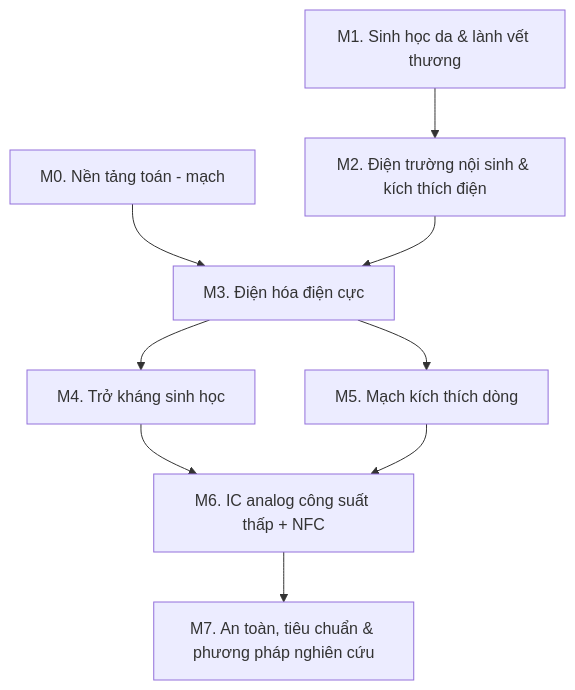
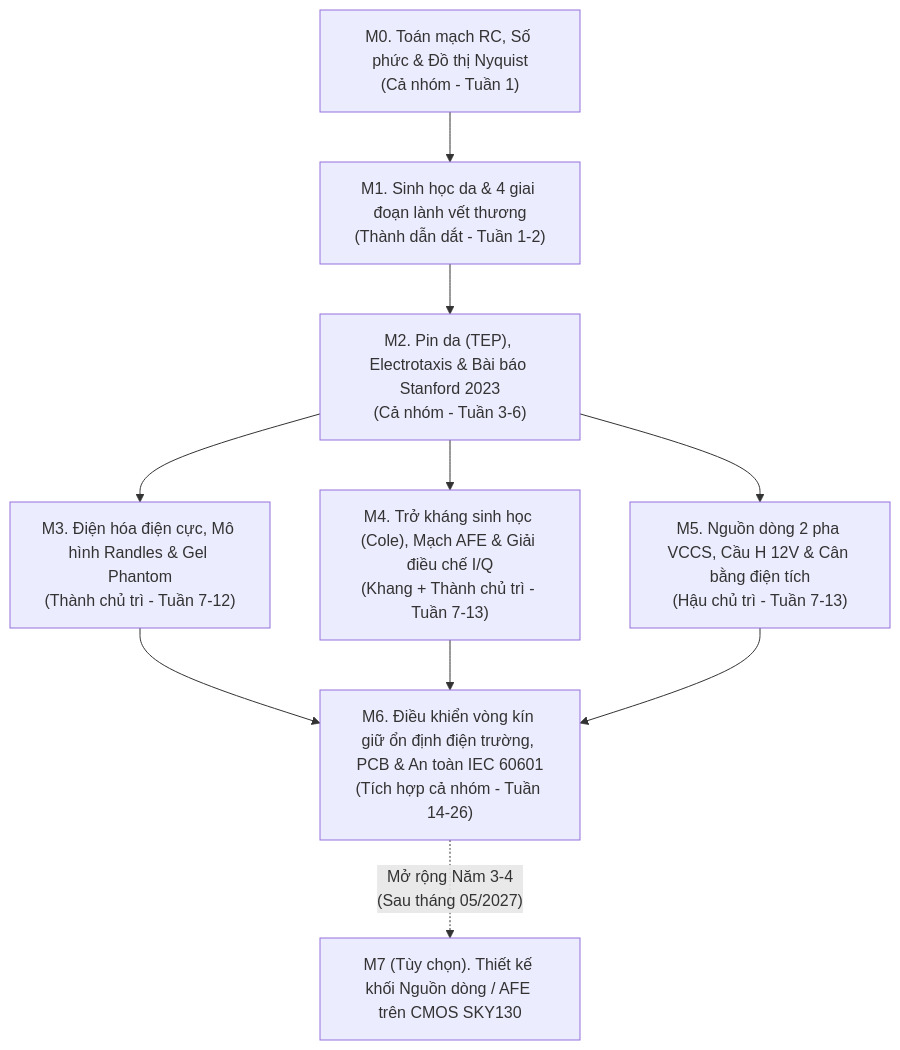
One commit to uthonus/smart-wound-badange-ic changed the diagram in docs/theory-curriculum.md. Above: the diagram before and after it, drawn with Mermaid. The commit also changed other lines of this file, not shown here.

Commit message:
docs: rewrite theory-curriculum.md for Hau, Thanh, Khang with complete equations, answers, and COTS focus

````diff
--- a/docs/theory-curriculum.md
+++ b/docs/theory-curriculum.md
@@ -8,11 +10,12 @@
 ```mermaid
 flowchart TD
-    M0["M0. Nền tảng toán - mạch"] --> M3["M3. Điện hóa điện cực"]
-    M1["M1. Sinh học da & lành vết thương"] --> M2["M2. Điện trường nội sinh & kích thích điện"]
-    M2 --> M3
-    M3 --> M4["M4. Trở kháng sinh học"]
-    M3 --> M5["M5. Mạch kích thích dòng"]
-    M4 --> M6["M6. IC analog công suất thấp + NFC"]
+    M0["M0. Toán mạch RC, Số phức & Đồ thị Nyquist\n(Cả nhóm - Tuần 1)"] --> M1["M1. Sinh học da & 4 giai đoạn lành vết thương\n(Thành dẫn dắt - Tuần 1-2)"]
+    M1 --> M2["M2. Pin da (TEP), Electrotaxis & Bài báo Stanford 2023\n(Cả nhóm - Tuần 3-6)"]
+    M2 --> M3["M3. Điện hóa điện cực, Mô hình Randles & Gel Phantom\n(Thành chủ trì - Tuần 7-12)"]
+    M2 --> M4["M4. Trở kháng sinh học (Cole), Mạch AFE & Giải điều chế I/Q\n(Khang + Thành chủ trì - Tuần 7-13)"]
+    M2 --> M5["M5. Nguồn dòng 2 pha VCCS, Cầu H 12V & Cân bằng điện tích\n(Hậu chủ trì - Tuần 7-13)"]
+    M3 --> M6["M6. Điều khiển vòng kín giữ ổn định điện trường, PCB & An toàn IEC 60601\n(Tích hợp cả nhóm - Tuần 14-26)"]
+    M4 --> M6
     M5 --> M6
-    M6 --> M7["M7. An toàn, tiêu chuẩn & phương pháp nghiên cứu"]
+    M6 -.->|"Mở rộng Năm 3-4\n(Sau tháng 05/2027)"| M7["M7 (Tùy chọn). Thiết kế khối Nguồn dòng / AFE trên CMOS SKY130"]
 ```
````
